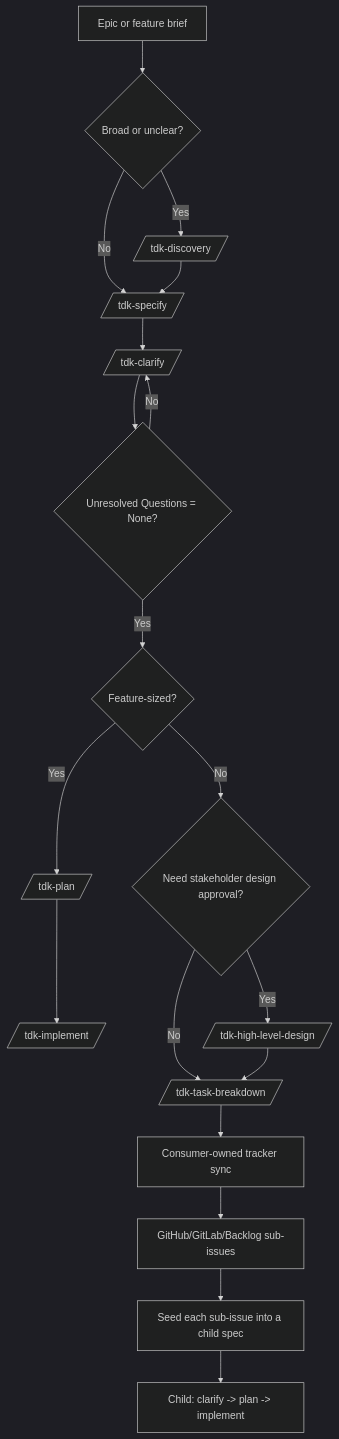
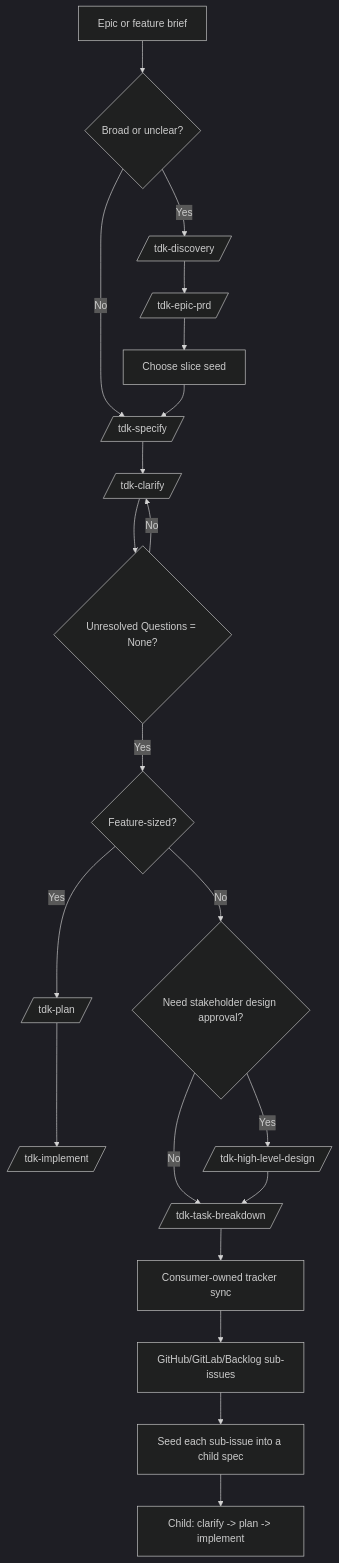
One commit to vinhltt/tdk changed the diagram in .specify/docs/en/guides/epic-start-guide.md. Above: the diagram before and after it, drawn with Mermaid (dark theme). The commit also changed other lines of this file and 27 other files, not shown here.

````diff
--- a/.specify/docs/en/guides/epic-start-guide.md
+++ b/.specify/docs/en/guides/epic-start-guide.md
@@ -68,21 +71,23 @@
 ```mermaid
 flowchart TD
     A[Epic or feature brief] --> B{Broad or unclear?}
     B -->|Yes| C[/tdk-discovery/]
     B -->|No| D[/tdk-specify/]
-    C --> D
+    C --> R[/tdk-epic-prd/]
+    R --> X[Choose slice seed]
+    X --> D
     D --> E[/tdk-clarify/]
     E --> F{Unresolved Questions = None?}
     F -->|No| E
     F -->|Yes| S{Feature-sized?}
     S -->|Yes| P[/tdk-plan/]
     P --> Q[/tdk-implement/]
     S -->|No| G{Need stakeholder design approval?}
     G -->|Yes| H[/tdk-high-level-design/]
     G -->|No| I[/tdk-task-breakdown/]
     H --> I
     I --> J[Consumer-owned tracker sync]
     J --> K[GitHub/GitLab/Backlog sub-issues]
     K --> L[Seed each sub-issue into a child spec]
     L --> M[Child: clarify -> plan -> implement]
 ```
````
